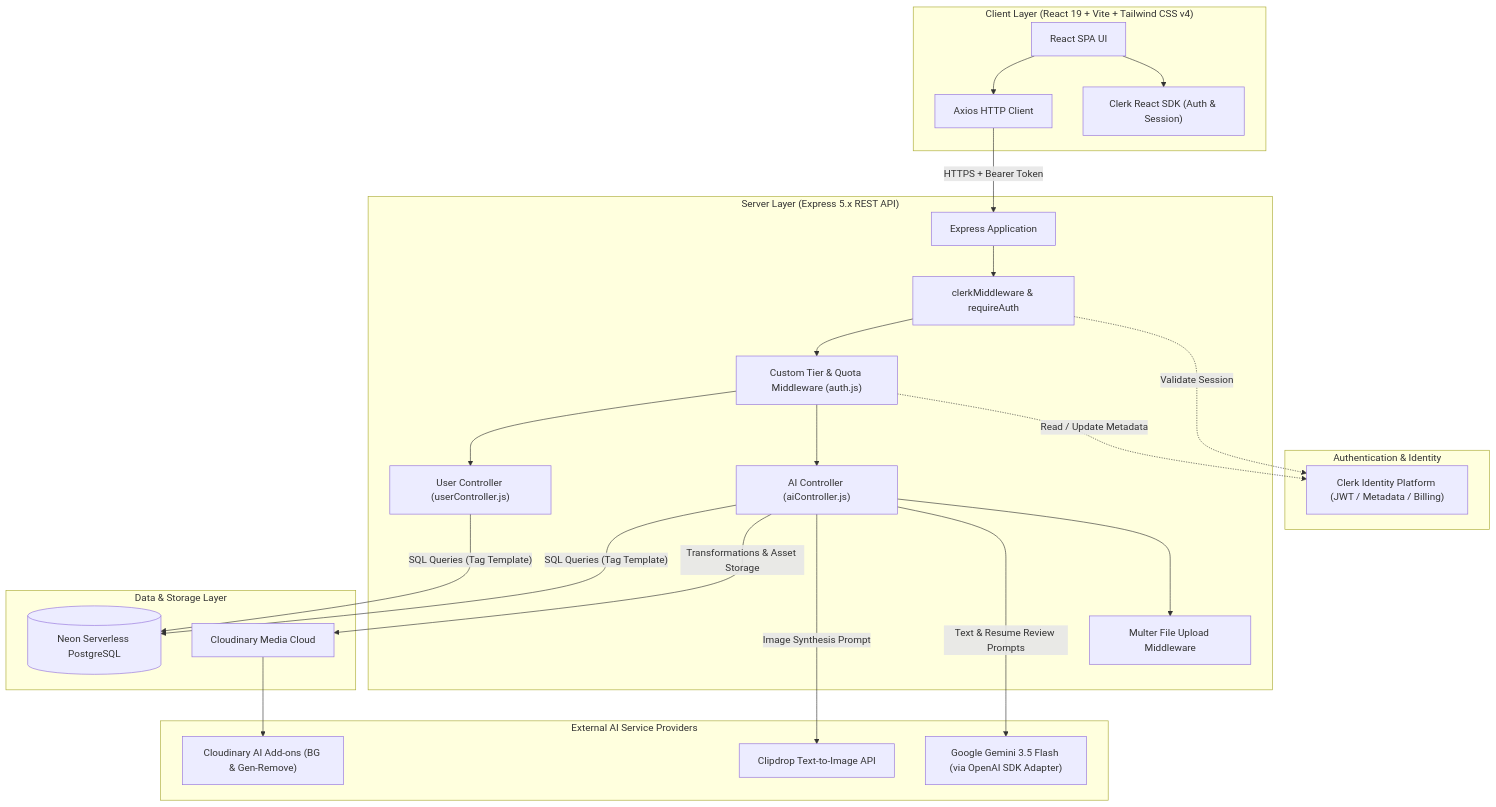
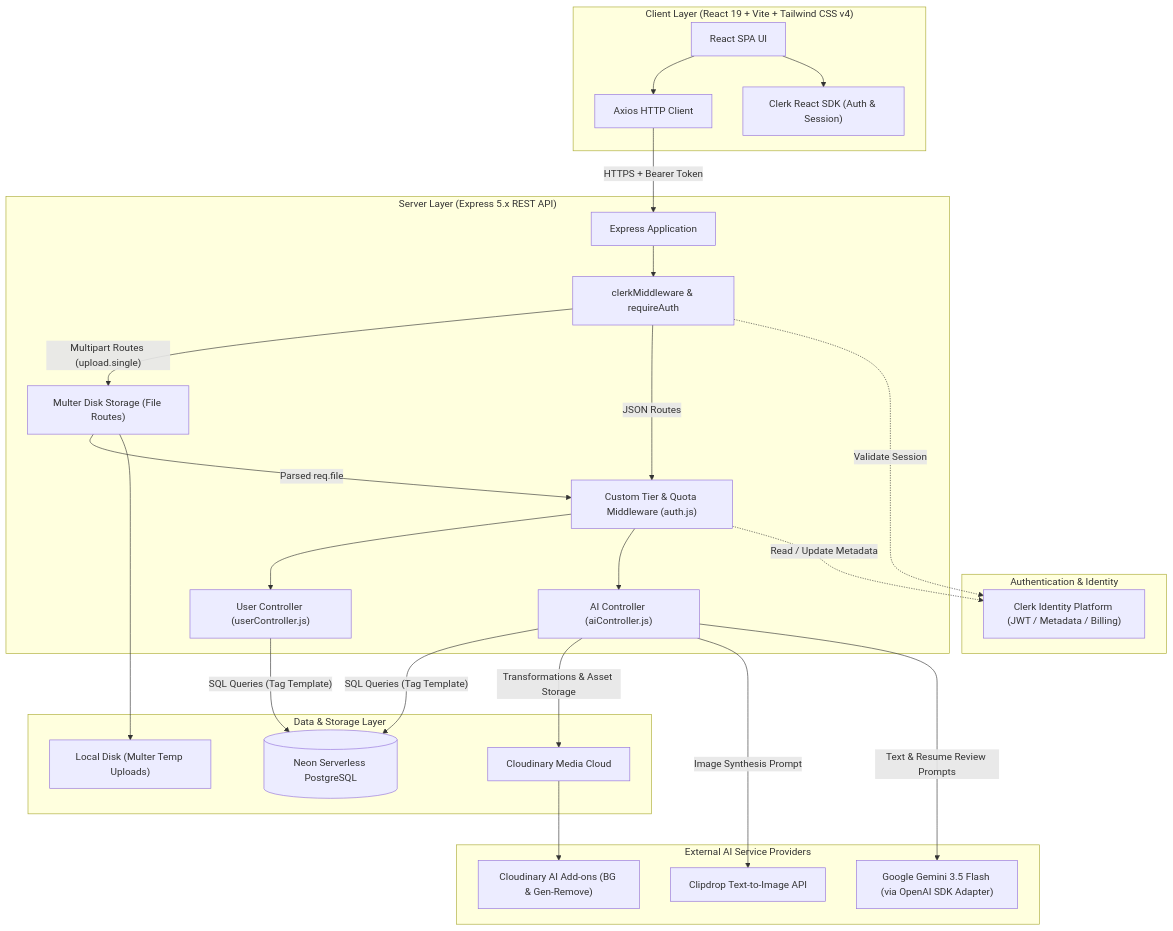
One commit to KunalGiri08/QuickAI changed the first of 3 diagrams in docs/ARCHITECTURE.md. Above: the diagram before and after it, drawn with Mermaid. The commit also changed other lines of this file and 3 other files, not shown here.

````diff
--- a/docs/ARCHITECTURE.md
+++ b/docs/ARCHITECTURE.md
@@ -11,56 +11,62 @@
 ```mermaid
 flowchart TD
     subgraph ClientLayer ["Client Layer (React 19 + Vite + Tailwind CSS v4)"]
         UI["React SPA UI"]
         ClerkClient["Clerk React SDK (Auth & Session)"]
         AxiosClient["Axios HTTP Client"]
     end
 
     subgraph GatewayAuth ["Authentication & Identity"]
         ClerkService["Clerk Identity Platform (JWT / Metadata / Billing)"]
     end
 
     subgraph ServerLayer ["Server Layer (Express 5.x REST API)"]
         ExpressApp["Express Application"]
         GlobalAuth["clerkMiddleware & requireAuth"]
+        MulterMiddleware["Multer Disk Storage (File Routes)"]
         CustomAuth["Custom Tier & Quota Middleware (auth.js)"]
         AiController["AI Controller (aiController.js)"]
         UserController["User Controller (userController.js)"]
-        Multer["Multer File Upload Middleware"]
     end
 
     subgraph DataLayer ["Data & Storage Layer"]
         NeonDB[("Neon Serverless PostgreSQL")]
         CloudinaryStorage["Cloudinary Media Cloud"]
+        LocalStorage["Local Disk (Multer Temp Uploads)"]
     end
 
     subgraph ExternalAIServices ["External AI Service Providers"]
         GeminiAI["Google Gemini 3.5 Flash (via OpenAI SDK Adapter)"]
         ClipdropAI["Clipdrop Text-to-Image API"]
         CloudinaryAI["Cloudinary AI Add-ons (BG & Gen-Remove)"]
     end
 
     %% Client communication
     UI --> ClerkClient
     UI --> AxiosClient
     AxiosClient -- "HTTPS + Bearer Token" --> ExpressApp
 
     %% Server Middleware Flow
     ExpressApp --> GlobalAuth
     GlobalAuth -. "Validate Session" .-> ClerkService
-    GlobalAuth --> CustomAuth
+
+    %% Route Dispatches
+    GlobalAuth -- "JSON Routes" --> CustomAuth
+    GlobalAuth -- "Multipart Routes (upload.single)" --> MulterMiddleware
+    MulterMiddleware --> LocalStorage
+    MulterMiddleware -- "Parsed req.file" --> CustomAuth
+
     CustomAuth -. "Read / Update Metadata" .-> ClerkService
     CustomAuth --> AiController
     CustomAuth --> UserController
-    AiController --> Multer
 
     %% Backend integrations
     AiController -- "Text & Resume Review Prompts" --> GeminiAI
     AiController -- "Image Synthesis Prompt" --> ClipdropAI
     AiController -- "Transformations & Asset Storage" --> CloudinaryStorage
     CloudinaryStorage --> CloudinaryAI
 
     %% Database Operations
     AiController -- "SQL Queries (Tag Template)" --> NeonDB
     UserController -- "SQL Queries (Tag Template)" --> NeonDB
 ```
````
